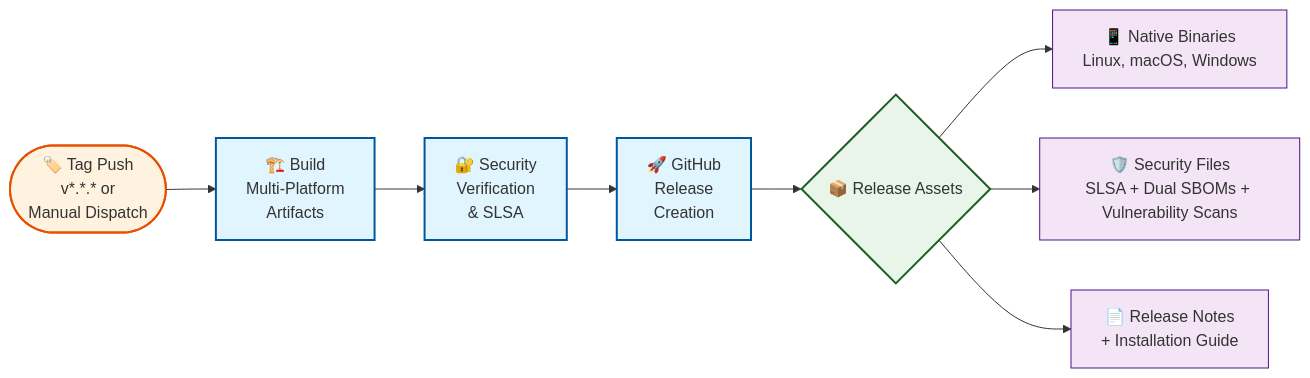
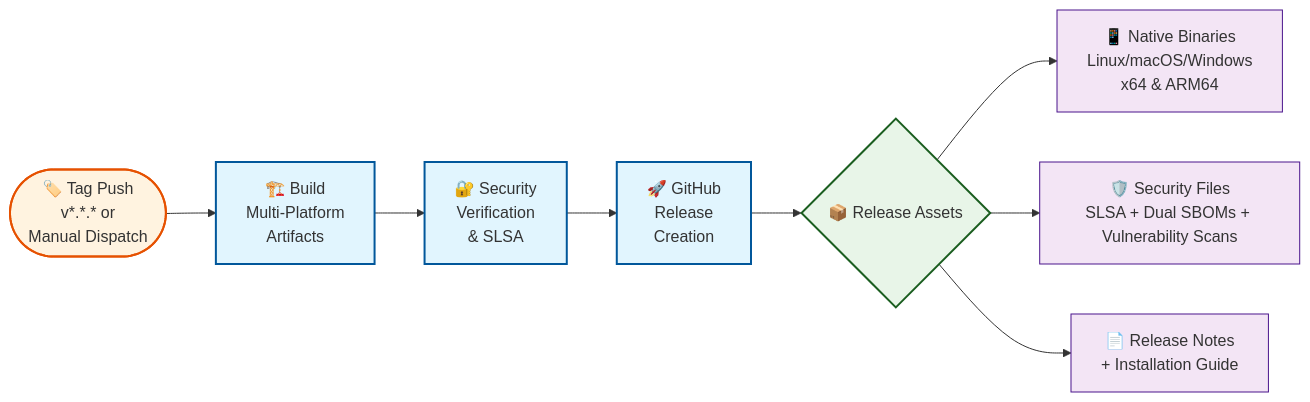
The first of 5 diagrams in docs/explanation/automated-release-process.md (kamiazya/scopes), drawn with Mermaid before and after one commit. The commit also changed other lines of this file and 3 other files, not shown here.

First line of the commit message:
docs: Update documentation for ARM64 architecture support

````diff
--- a/docs/explanation/automated-release-process.md
+++ b/docs/explanation/automated-release-process.md
@@ -13,29 +13,29 @@
 ```mermaid
 graph LR
     %% Triggers
     Start([🏷️ Tag Push<br/>v*.*.* or<br/>Manual Dispatch]) 
     
     %% Main workflow stages
     Start --> Build[🏗️ Build<br/>Multi-Platform<br/>Artifacts]
     Build --> Security[🔐 Security<br/>Verification<br/>& SLSA]
     Security --> Release[🚀 GitHub<br/>Release<br/>Creation]
     
     %% Final outputs
     Release --> Output{📦 Release Assets}
     
     %% Output types
-    Output --> Binaries[📱 Native Binaries<br/>Linux, macOS, Windows]
+    Output --> Binaries[📱 Native Binaries<br/>Linux/macOS/Windows<br/>x64 & ARM64]
     Output --> Verification[🛡️ Security Files<br/>SLSA + Dual SBOMs + Vulnerability Scans]
     Output --> Documentation[📄 Release Notes<br/>+ Installation Guide]
     
     %% Styling
     classDef triggerBox fill:#fff3e0,stroke:#e65100,stroke-width:2px
     classDef processBox fill:#e1f5fe,stroke:#01579b,stroke-width:2px  
     classDef outputBox fill:#e8f5e8,stroke:#1b5e20,stroke-width:2px
     classDef artifactBox fill:#f3e5f5,stroke:#4a148c,stroke-width:1px
     
     class Start triggerBox
     class Build,Security,Release processBox
     class Output outputBox
     class Binaries,Verification,Documentation artifactBox
 ```
````
